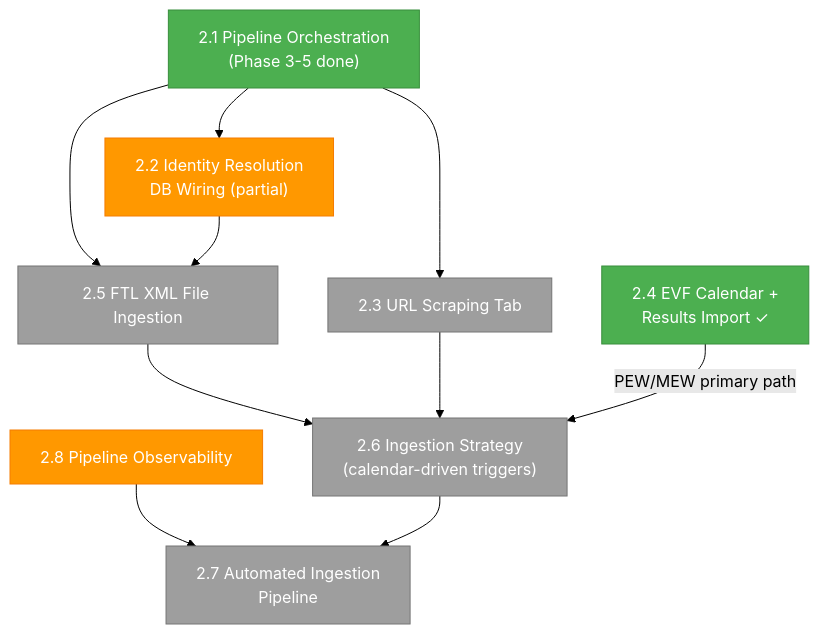
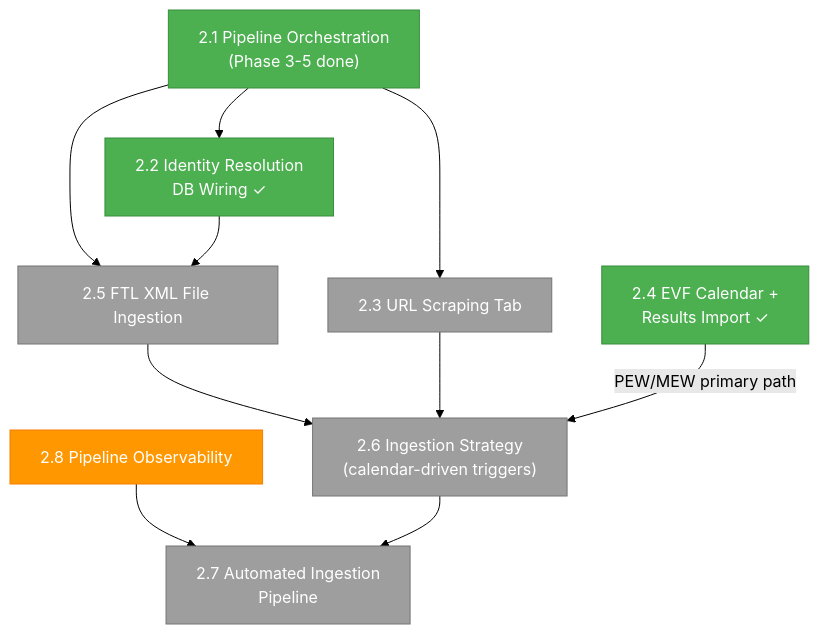
Before and after one commit to Fencer4Life/spws-automated-ranklist: the sixth of 6 diagrams in doc/Go-to-PROD.md, drawn with Mermaid (forest theme). The commit also changed other lines of this file and 1 other file, not shown here.

First line of the commit message:
Complete identity resolution DB wiring with integration tests (9.78-9.82)

````diff
--- a/doc/Go-to-PROD.md
+++ b/doc/Go-to-PROD.md
@@ -336,25 +333,25 @@
 ```mermaid
 flowchart TD
     classDef done fill:#4caf50,color:#fff,stroke:#388e3c
     classDef ready fill:#ff9800,color:#fff,stroke:#f57c00
     classDef blocked fill:#9e9e9e,color:#fff,stroke:#757575
 
     ORCH["2.1 Pipeline Orchestration\n(Phase 3-5 done)"]:::done
-    IDRES["2.2 Identity Resolution\nDB Wiring (partial)"]:::ready
+    IDRES["2.2 Identity Resolution\nDB Wiring ✓"]:::done
     URL["2.3 URL Scraping Tab"]:::blocked
     EVF["2.4 EVF Calendar +\nResults Import ✓"]:::done
     FTL["2.5 FTL XML File Ingestion"]:::blocked
     STRAT["2.6 Ingestion Strategy\n(calendar-driven triggers)"]:::blocked
     AUTO["2.7 Automated Ingestion\nPipeline"]:::blocked
     OBS["2.8 Pipeline Observability"]:::ready
 
     ORCH --> IDRES
     ORCH --> URL
     ORCH --> FTL
     IDRES --> FTL
     FTL --> STRAT
     URL --> STRAT
     EVF -->|"PEW/MEW primary path"| STRAT
     OBS --> AUTO
     STRAT --> AUTO
 ```
````
